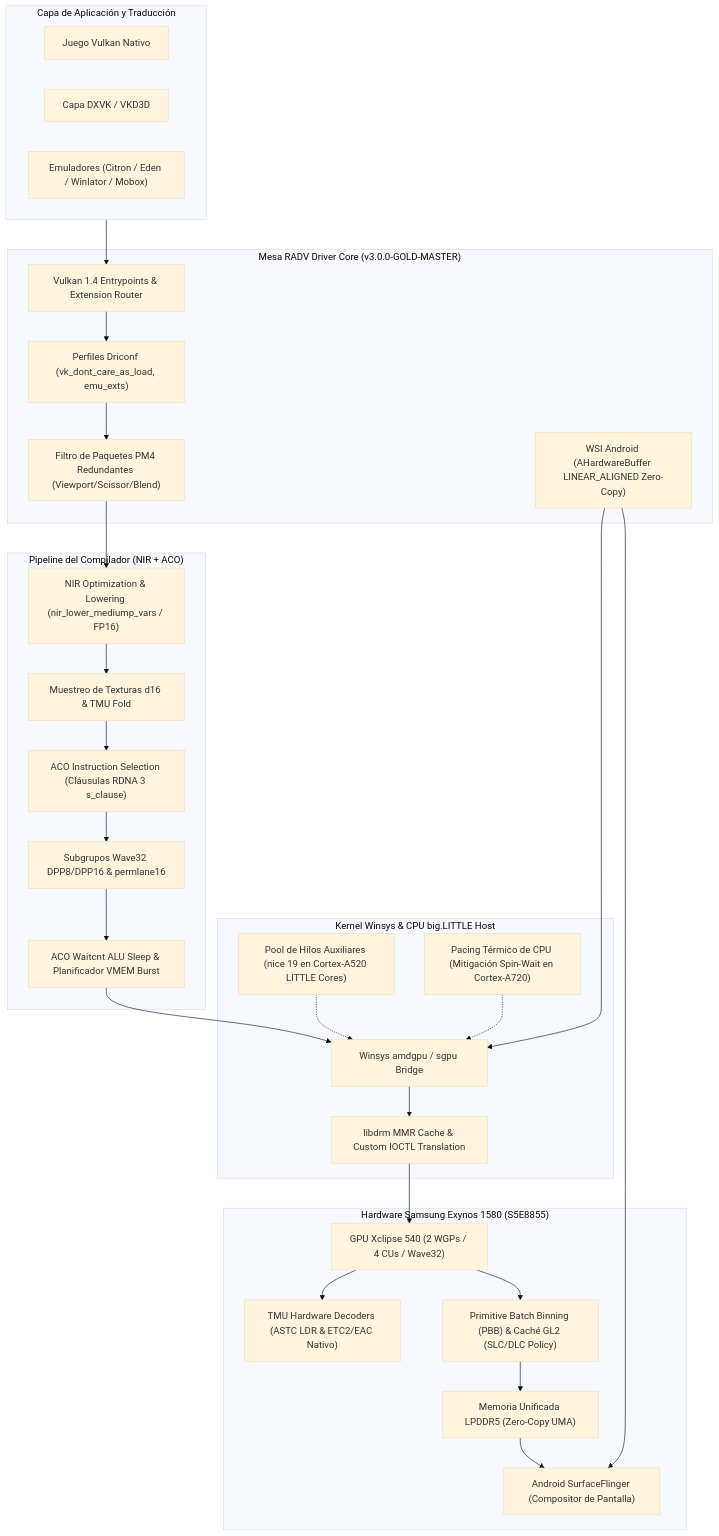
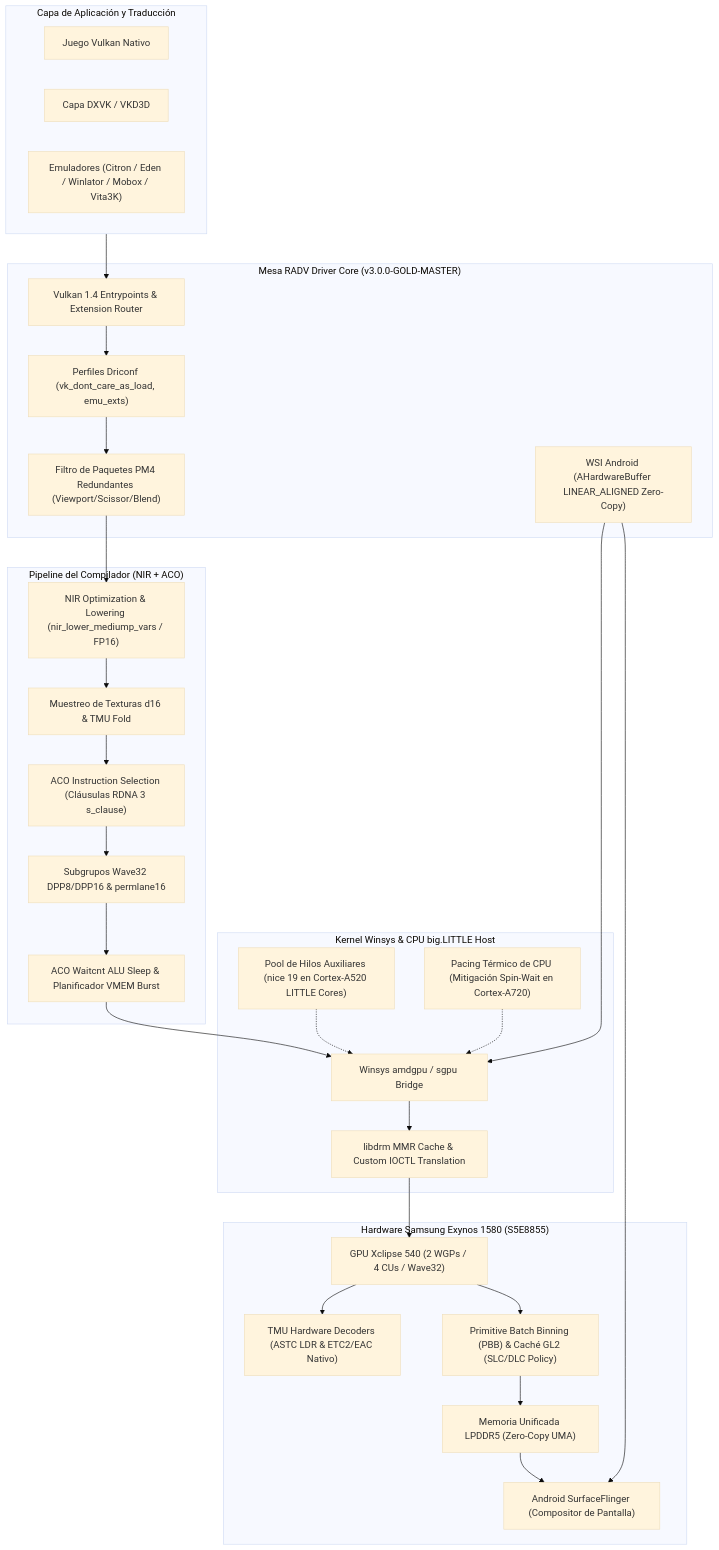
Before and after one commit to sepuro/radv-xclipse: the diagram in README.md, drawn with Mermaid (base theme). The commit also changed other lines of this file, not shown here.

Commit message:
docs(readme): document full 23-patch modular architecture for v3.0.0-GOLD-MASTER

````diff
--- a/README.md
+++ b/README.md
@@ -28,55 +28,55 @@
 ```mermaid
 flowchart TD
     subgraph APP["Capa de Aplicación y Traducción"]
         A1["Juego Vulkan Nativo"] 
         A2["Capa DXVK / VKD3D"] 
-        A3["Emuladores (Citron / Eden / Winlator / Mobox)"]
+        A3["Emuladores (Citron / Eden / Winlator / Mobox / Vita3K)"]
     end
 
     subgraph DRIVER["Mesa RADV Driver Core (v3.0.0-GOLD-MASTER)"]
         B1["Vulkan 1.4 Entrypoints & Extension Router"]
         B2["Perfiles Driconf (vk_dont_care_as_load, emu_exts)"]
         B3["Filtro de Paquetes PM4 Redundantes (Viewport/Scissor/Blend)"]
         B4["WSI Android (AHardwareBuffer LINEAR_ALIGNED Zero-Copy)"]
     end
 
     subgraph COMPILER["Pipeline del Compilador (NIR + ACO)"]
         C1["NIR Optimization & Lowering (nir_lower_mediump_vars / FP16)"]
         C2["Muestreo de Texturas d16 & TMU Fold"]
         C3["ACO Instruction Selection (Cláusulas RDNA 3 s_clause)"]
         C4["Subgrupos Wave32 DPP8/DPP16 & permlane16"]
         C5["ACO Waitcnt ALU Sleep & Planificador VMEM Burst"]
     end
 
     subgraph SYSTEM["Kernel Winsys & CPU big.LITTLE Host"]
         D1["Winsys amdgpu / sgpu Bridge"]
         D2["libdrm MMR Cache & Custom IOCTL Translation"]
         D3["Pool de Hilos Auxiliares (nice 19 en Cortex-A520 LITTLE Cores)"]
         D4["Pacing Térmico de CPU (Mitigación Spin-Wait en Cortex-A720)"]
     end
 
     subgraph HARDWARE["Hardware Samsung Exynos 1580 (S5E8855)"]
         E1["GPU Xclipse 540 (2 WGPs / 4 CUs / Wave32)"]
         E2["TMU Hardware Decoders (ASTC LDR & ETC2/EAC Nativo)"]
         E3["Primitive Batch Binning (PBB) & Caché GL2 (SLC/DLC Policy)"]
         E4["Memoria Unificada LPDDR5 (Zero-Copy UMA)"]
         E5["Android SurfaceFlinger (Compositor de Pantalla)"]
     end
 
     APP --> B1
     B1 --> B2
     B2 --> B3
     B3 --> C1
     C1 --> C2 --> C3 --> C4 --> C5
     C5 --> D1
     B4 --> D1
     D1 --> D2
     D3 -.-> D1
     D4 -.-> D1
     D2 --> E1
     E1 --> E2
     E1 --> E3
     E3 --> E4
     B4 --> E5
     E4 --> E5
 ```
````
